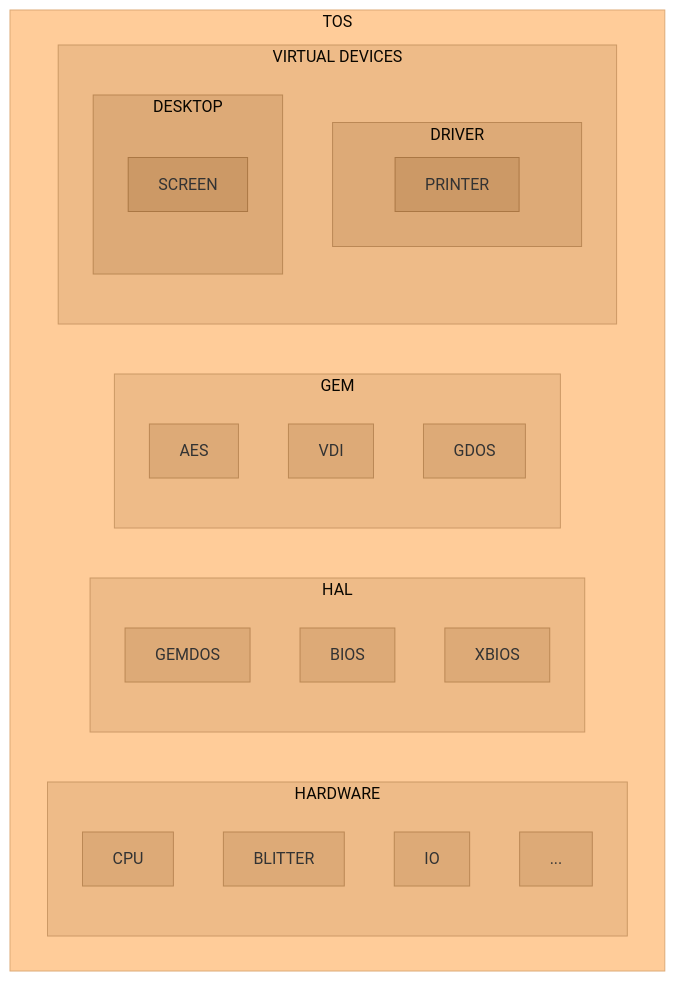
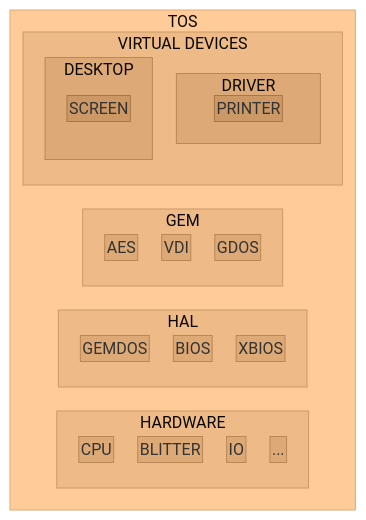
Before and after one commit to Kochise/atari-tos: the diagram in README.md, drawn with Mermaid (base theme).

````diff
--- a/README.md
+++ b/README.md
@@ -41,74 +41,75 @@
 ```mermaid
+%%{ init: { 'flowchart': { 'padding': 1, 'nodeSpacing': 24, 'rankSpacing': 1, 'diagramPadding': 1 }}}%%
 flowchart TD
 	subgraph TOS
 		subgraph HARDWARE
 			CPU
 			BLITTER
 			IO
 			...
 		end
 		subgraph HAL
 			GEMDOS
 			BIOS
 			XBIOS
 		end
 		subgraph GEM
 			AES
 			VDI
 			GDOS
 		end
 		subgraph VD[VIRTUAL DEVICES]
 			subgraph DRIVER
 				PRINTER
 			end
 			subgraph DESKTOP
 				SCREEN
 			end
 		end
 	end
 
 	click CPU "https://github.com/Kochise/atari-docs/tree/master/CPU68030" _blank
 	click BLITTER "https://github.com/Kochise/atari-docs/tree/master/BLITTER" _blank
 
 	click GEMDOS "https://github.com/Kochise/atari-tos/tree/master/HAL/GEMDOS" _blank
 	click BIOS "https://github.com/Kochise/atari-tos/tree/master/HAL/BIOS" _blank
 	click XBIOS "https://github.com/Kochise/atari-tos/tree/master/HAL/XBIOS" _blank
 
 	click AES "https://github.com/Kochise/atari-tos/tree/master/GEM/AES" _blank
 	click VDI "https://github.com/Kochise/atari-tos/tree/master/GEM/VDI" _blank
 	click GDOS "https://github.com/Kochise/atari-tos/tree/master/GEM/GDOS" _blank
 
 	click PRINTER "https://github.com/Kochise/atari-tos/tree/master/VD/PRINTER" _blank
 	click SCREEN "https://github.com/Kochise/atari-tos/tree/master/VD/SCREEN" _blank
 
 	classDef lvl0 fill:#fc9,stroke:#da7;
 	classDef lvl1 fill:#eb8,stroke:#c96;
 	classDef lvl2 fill:#da7,stroke:#b85;
 	classDef lvl3 fill:#c96,stroke:#a74;
 	classDef lvl4 fill:#b85,stroke:#963;
 	classDef lvl5 fill:#a74,stroke:#852;
 
 	class TOS lvl0;
 
 	class HARDWARE lvl1
 	class CPU lvl2
 	class BLITTER lvl2
 	class IO lvl2
 	class ... lvl2
 
 	class HAL lvl1
 	class GEMDOS lvl2
 	class BIOS lvl2
 	class XBIOS lvl2
 
 	class GEM lvl1
 	class AES lvl2
 	class VDI lvl2
 	class GDOS lvl2
 
 	class VD lvl1
 	class DRIVER lvl2
 	class PRINTER lvl3
 	class DESKTOP lvl2
 	class SCREEN lvl3
 ```
````
